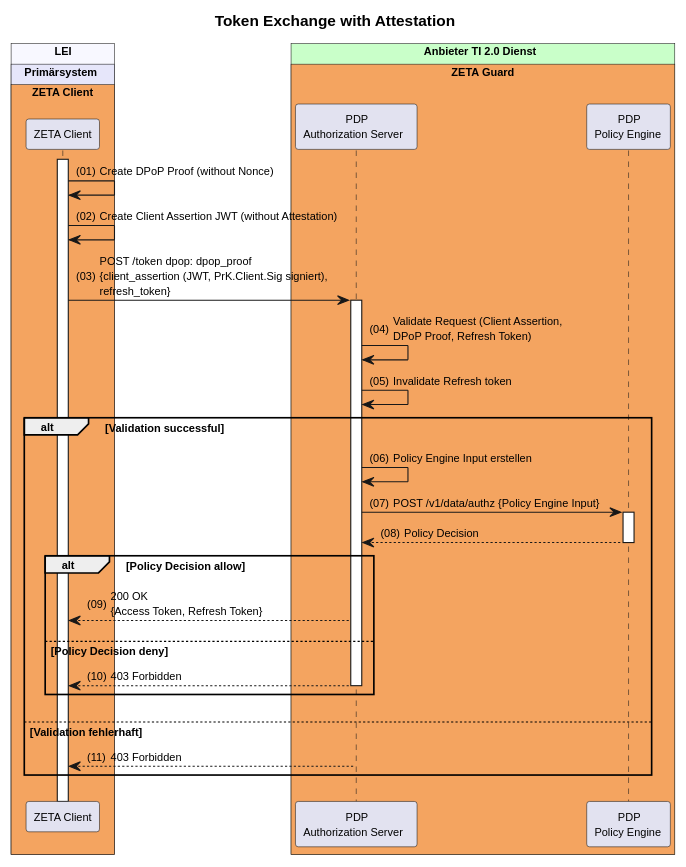
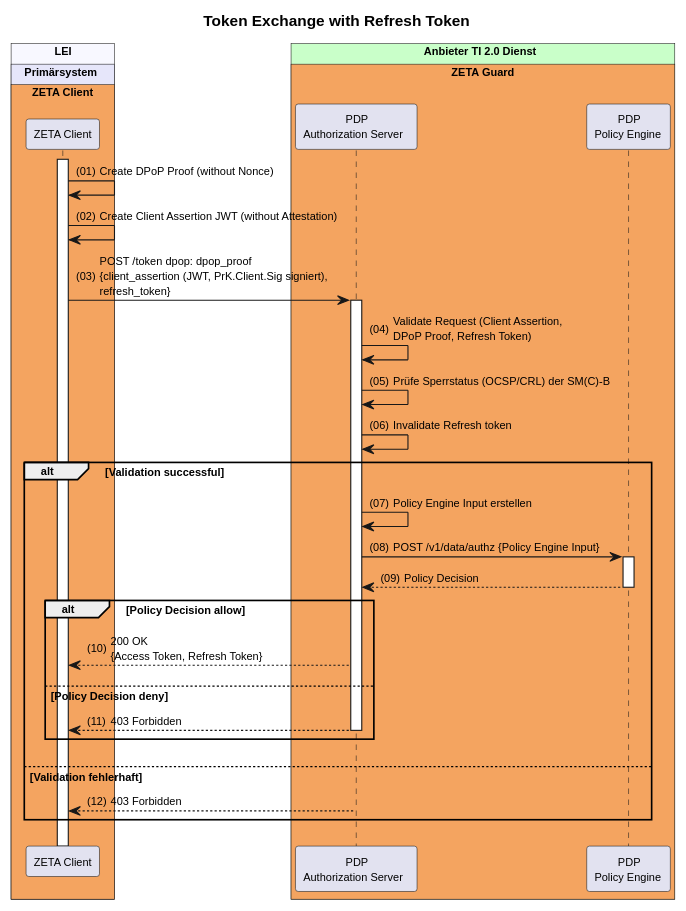
One commit to gematik/zeta changed the diagram in src/plantuml/tmp/attestation-flows/token-exchange-with-refresh-token.puml. Above: the diagram before and after it, drawn with PlantUML. The commit also changed 1 other file, not shown here.

Commit message:
docs: update client installation flow to Apple DCAppAttest and rename token exchange diagram with added certificate revocation check

```diff
--- a/src/plantuml/tmp/attestation-flows/token-exchange-with-refresh-token.puml
+++ b/src/plantuml/tmp/attestation-flows/token-exchange-with-refresh-token.puml
@@ -1,50 +1,51 @@
-@startuml "token-exchange-with-attestation"
+@startuml "token-exchange-with-refresh-token"
 autonumber "(00)"
 skinparam defaultFontSize 10
 skinparam defaultFontName Helvetica
 skinparam DefaultMonospacedFontName Courier
 skinparam lengthAdjust none
 skinparam sequenceReferenceBackgroundColor White
 skinparam SequenceReferenceFontSize 12
 skinparam sequenceMessageAlign left
 
-title Token Exchange with Attestation
+title Token Exchange with Refresh Token
 
 !pragma teoz true
 
 box "LEI" #GhostWhite
   box "Primärsystem" #Lavender
     box "ZETA Client" #SandyBrown
         participant Client as "ZETA Client"
     end box    
   end box
 end box
 
 box "Anbieter TI 2.0 Dienst" #TECHNOLOGY
   box "ZETA Guard" #SandyBrown
     participant AuthS as "PDP\nAuthorization Server" 
     participant OPA as "PDP\nPolicy Engine"
   end box
 end box
 
 Client++
 
 Client -> Client : Create DPoP Proof (without Nonce)
 Client -> Client : Create Client Assertion JWT (without Attestation)
 Client -> AuthS++: POST /token dpop: dpop_proof\n{client_assertion (JWT, PrK.Client.Sig signiert),\nrefresh_token}
 AuthS -> AuthS : Validate Request (Client Assertion,\nDPoP Proof, Refresh Token)
+AuthS -> AuthS : Prüfe Sperrstatus (OCSP/CRL) der SM(C)-B
 AuthS -> AuthS: Invalidate Refresh token
 alt Validation successful
   AuthS -> AuthS: Policy Engine Input erstellen
   AuthS -> OPA++: POST /v1/data/authz {Policy Engine Input}
   OPA --> AuthS--: Policy Decision
   alt Policy Decision allow
     AuthS --> Client: 200 OK\n{Access Token, Refresh Token}
   else Policy Decision deny
     AuthS --> Client--: 403 Forbidden
   end alt
 else Validation fehlerhaft
   AuthS --> Client: 403 Forbidden
 end alt
 
 @enduml
```
